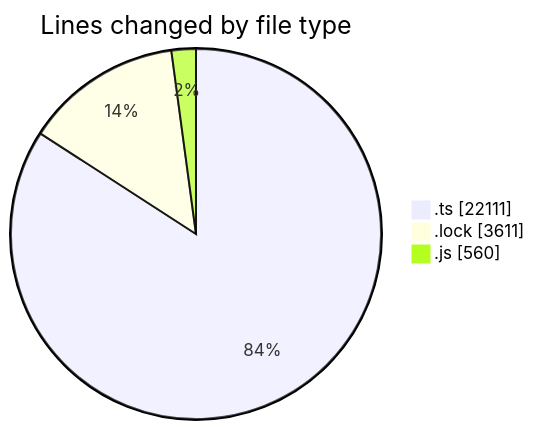
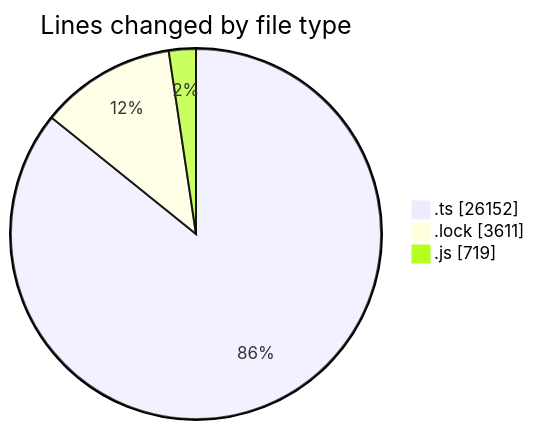
One commit to momahboobian/code-tracking changed the first of 2 diagrams in 2025-05-30/cda/README.md. Above: the diagram before and after it, drawn with Mermaid. The commit also changed other lines of this file and 1 other file, not shown here.

````diff
--- a/2025-05-30/cda/README.md
+++ b/2025-05-30/cda/README.md
@@ -32,7 +35,7 @@
 ```mermaid
 pie showData
 title Lines changed by file type
-".ts" : 22111
+".ts" : 26152
 ".lock" : 3611
-".js" : 560
+".js" : 719
 ```
````
